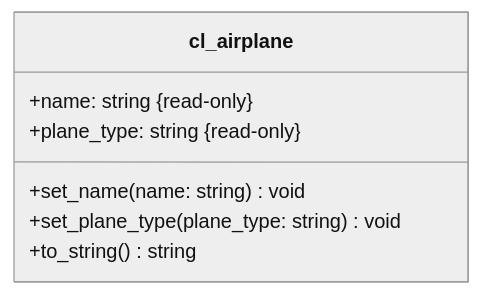
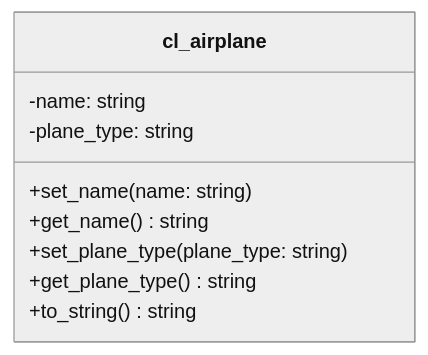
One commit to appenmaier/s4hana changed the diagram in docs/exercises/abap-objects/abap-objects-01.md. Above: the diagram before and after it, drawn with Mermaid (neutral theme).

````diff
--- a/docs/exercises/abap-objects/abap-objects-01.md
+++ b/docs/exercises/abap-objects/abap-objects-01.md
@@ -10,10 +10,12 @@
 ```mermaid
 classDiagram
-    class cl_airplane {
-      +name: string &#123read-only&#125
-      +plane_type: string &#123read-only&#125
-      +set_name(name: string) void
-      +set_plane_type(plane_type: string) void
+   class cl_airplane {
+      -name: string
+      -plane_type: string
+      +set_name(name: string)
+      +get_name() string
+      +set_plane_type(plane_type: string)
+      +get_plane_type() string
       +to_string() string
-    }
+   }
 ```
````
